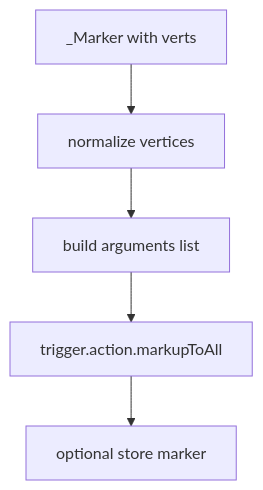
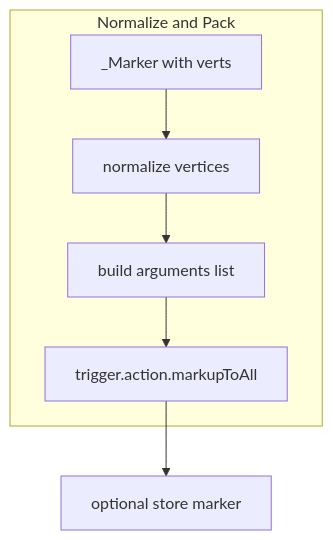
Before and after one commit to Gh0st352/AETHR: the second of 6 diagrams in docs/markers/README.md, drawn with Mermaid. The commit also changed other lines of this file and 4 other files, not shown here.

First line of the commit message:
docs(markers): reorganize Mermaid diagrams into subgraphs

````diff
--- a/docs/markers/README.md
+++ b/docs/markers/README.md
@@ -39,8 +50,14 @@
 ```mermaid
 %% shared theme: docs/_mermaid/theme.json %%
 flowchart TD
-  IN[_Marker with verts] --> NORM[normalize vertices]
-  NORM --> ARGS[build arguments list]
-  ARGS --> CALL[trigger.action.markupToAll]
+  subgraph "Normalize and Pack"
+    IN[_Marker with verts] --> NORM[normalize vertices]
+    NORM --> ARGS[build arguments list]
+    ARGS --> CALL[trigger.action.markupToAll]
+  end
   CALL --> STORE[optional store marker]
+  class IN class_data;
+  class NORM,ARGS class_compute;
+  class CALL class_io;
+  class STORE class_step;
 ```
````
